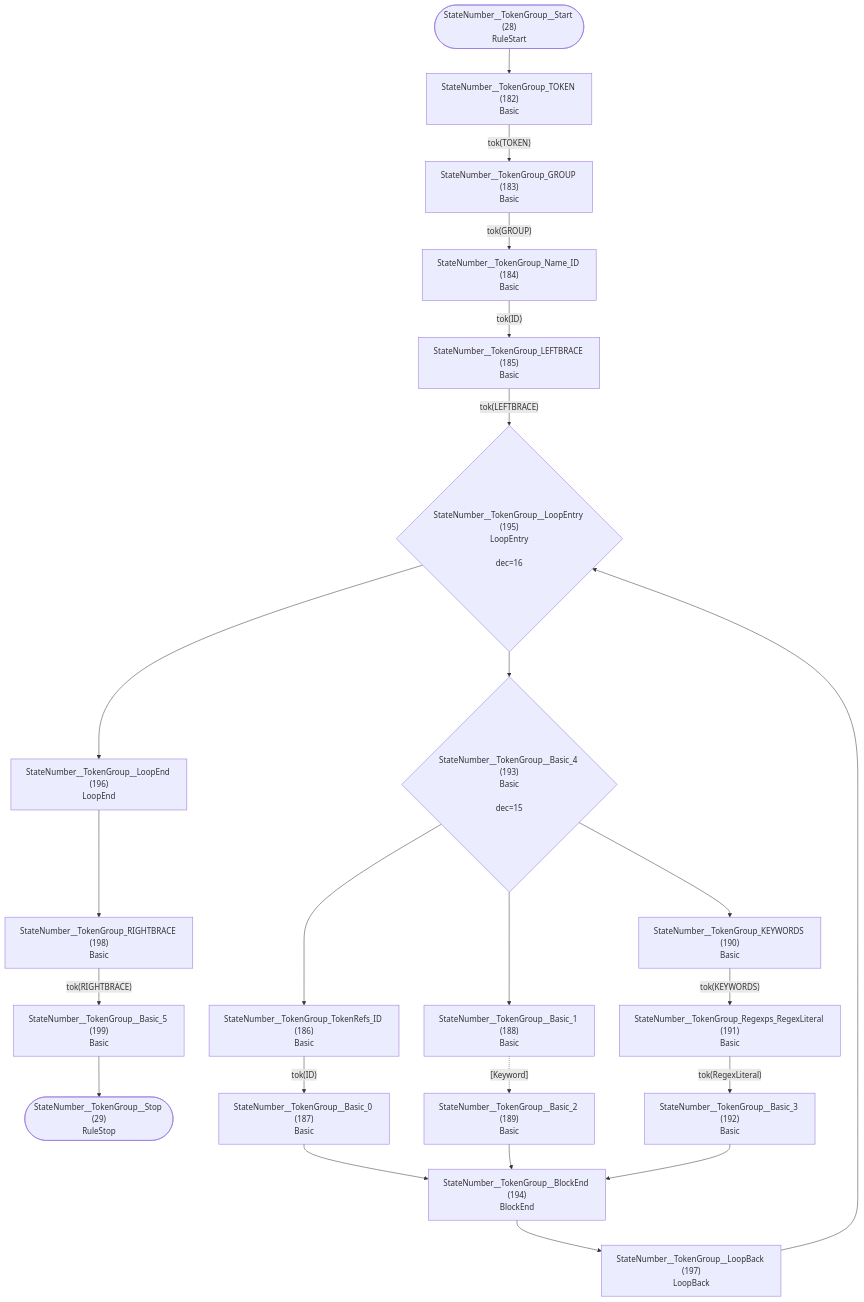
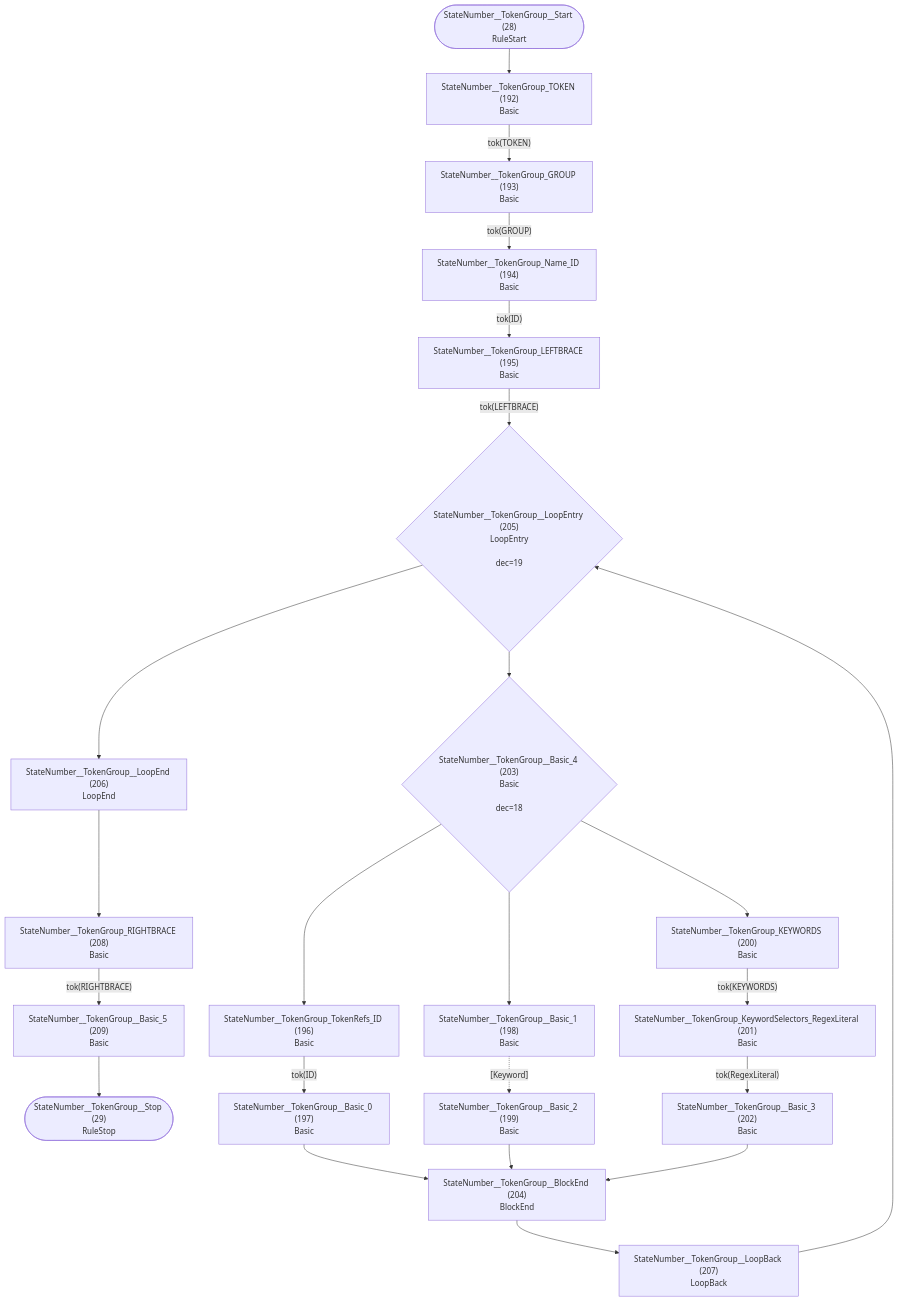
One commit to TypeFox/fastbelt changed diagram 15 of 33 in internal/grammar/atn.md. Above: the diagram before and after it, drawn with Mermaid. The commit also changed other lines of this file and 6 other files, not shown here.

````diff
--- a/internal/grammar/atn.md
+++ b/internal/grammar/atn.md
@@ -404,46 +423,46 @@
 ```mermaid
 flowchart TD
     q28(["StateNumber__TokenGroup__Start (28)<br/>RuleStart"])
     q29(["StateNumber__TokenGroup__Stop (29)<br/>RuleStop"])
-    q182["StateNumber__TokenGroup_TOKEN (182)<br/>Basic<br/>"]
-    q183["StateNumber__TokenGroup_GROUP (183)<br/>Basic<br/>"]
-    q184["StateNumber__TokenGroup_Name_ID (184)<br/>Basic<br/>"]
-    q185["StateNumber__TokenGroup_LEFTBRACE (185)<br/>Basic<br/>"]
-    q186["StateNumber__TokenGroup_TokenRefs_ID (186)<br/>Basic<br/>"]
-    q187["StateNumber__TokenGroup__Basic_0 (187)<br/>Basic<br/>"]
-    q188["StateNumber__TokenGroup__Basic_1 (188)<br/>Basic<br/>"]
-    q189["StateNumber__TokenGroup__Basic_2 (189)<br/>Basic<br/>"]
-    q190["StateNumber__TokenGroup_KEYWORDS (190)<br/>Basic<br/>"]
-    q191["StateNumber__TokenGroup_Regexps_RegexLiteral (191)<br/>Basic<br/>"]
-    q192["StateNumber__TokenGroup__Basic_3 (192)<br/>Basic<br/>"]
-    q193{"StateNumber__TokenGroup__Basic_4 (193)<br/>Basic<br/><br/>dec=15"}
-    q194["StateNumber__TokenGroup__BlockEnd (194)<br/>BlockEnd<br/>"]
-    q195{"StateNumber__TokenGroup__LoopEntry (195)<br/>LoopEntry<br/><br/>dec=16"}
-    q196["StateNumber__TokenGroup__LoopEnd (196)<br/>LoopEnd<br/>"]
-    q197["StateNumber__TokenGroup__LoopBack (197)<br/>LoopBack<br/>"]
-    q198["StateNumber__TokenGroup_RIGHTBRACE (198)<br/>Basic<br/>"]
-    q199["StateNumber__TokenGroup__Basic_5 (199)<br/>Basic<br/>"]
+    q192["StateNumber__TokenGroup_TOKEN (192)<br/>Basic<br/>"]
+    q193["StateNumber__TokenGroup_GROUP (193)<br/>Basic<br/>"]
+    q194["StateNumber__TokenGroup_Name_ID (194)<br/>Basic<br/>"]
+    q195["StateNumber__TokenGroup_LEFTBRACE (195)<br/>Basic<br/>"]
+    q196["StateNumber__TokenGroup_TokenRefs_ID (196)<br/>Basic<br/>"]
+    q197["StateNumber__TokenGroup__Basic_0 (197)<br/>Basic<br/>"]
+    q198["StateNumber__TokenGroup__Basic_1 (198)<br/>Basic<br/>"]
+    q199["StateNumber__TokenGroup__Basic_2 (199)<br/>Basic<br/>"]
+    q200["StateNumber__TokenGroup_KEYWORDS (200)<br/>Basic<br/>"]
+    q201["StateNumber__TokenGroup_KeywordSelectors_RegexLiteral (201)<br/>Basic<br/>"]
+    q202["StateNumber__TokenGroup__Basic_3 (202)<br/>Basic<br/>"]
+    q203{"StateNumber__TokenGroup__Basic_4 (203)<br/>Basic<br/><br/>dec=18"}
+    q204["StateNumber__TokenGroup__BlockEnd (204)<br/>BlockEnd<br/>"]
+    q205{"StateNumber__TokenGroup__LoopEntry (205)<br/>LoopEntry<br/><br/>dec=19"}
+    q206["StateNumber__TokenGroup__LoopEnd (206)<br/>LoopEnd<br/>"]
+    q207["StateNumber__TokenGroup__LoopBack (207)<br/>LoopBack<br/>"]
+    q208["StateNumber__TokenGroup_RIGHTBRACE (208)<br/>Basic<br/>"]
+    q209["StateNumber__TokenGroup__Basic_5 (209)<br/>Basic<br/>"]
 
-    q28 --> q182
-    q182 -->|"tok(TOKEN)"| q183
-    q183 -->|"tok(GROUP)"| q184
-    q184 -->|"tok(ID)"| q185
-    q185 -->|"tok(LEFTBRACE)"| q195
-    q186 -->|"tok(ID)"| q187
-    q187 --> q194
-    q188 -.->|"[Keyword]"| q189
-    q189 --> q194
-    q190 -->|"tok(KEYWORDS)"| q191
-    q191 -->|"tok(RegexLiteral)"| q192
-    q192 --> q194
-    q193 --> q186
-    q193 --> q188
-    q193 --> q190
-    q194 --> q197
-    q195 --> q193
-    q195 --> q196
-    q196 --> q198
-    q197 --> q195
-    q198 -->|"tok(RIGHTBRACE)"| q199
-    q199 --> q29
+    q28 --> q192
+    q192 -->|"tok(TOKEN)"| q193
+    q193 -->|"tok(GROUP)"| q194
+    q194 -->|"tok(ID)"| q195
+    q195 -->|"tok(LEFTBRACE)"| q205
+    q196 -->|"tok(ID)"| q197
+    q197 --> q204
+    q198 -.->|"[Keyword]"| q199
+    q199 --> q204
+    q200 -->|"tok(KEYWORDS)"| q201
+    q201 -->|"tok(RegexLiteral)"| q202
+    q202 --> q204
+    q203 --> q196
+    q203 --> q198
+    q203 --> q200
+    q204 --> q207
+    q205 --> q203
+    q205 --> q206
+    q206 --> q208
+    q207 --> q205
+    q208 -->|"tok(RIGHTBRACE)"| q209
+    q209 --> q29
 ```
````
